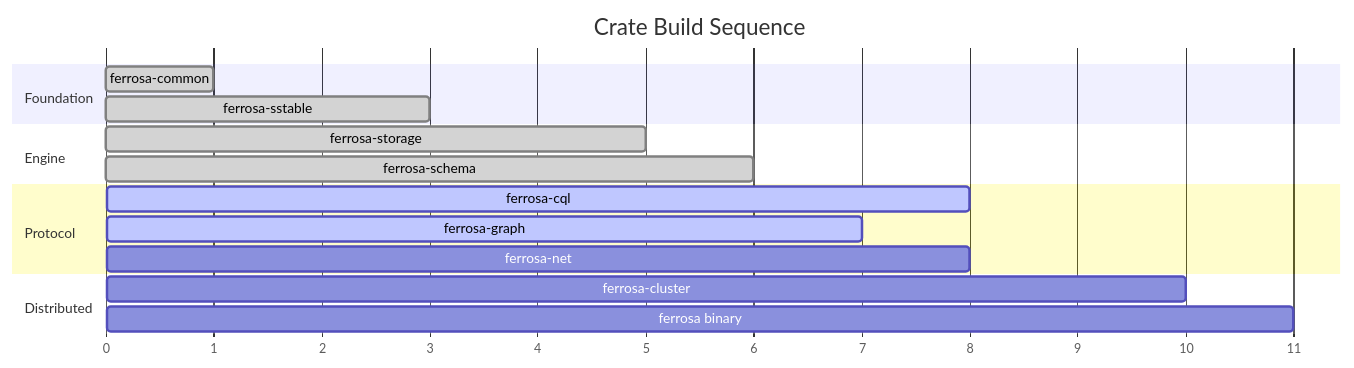
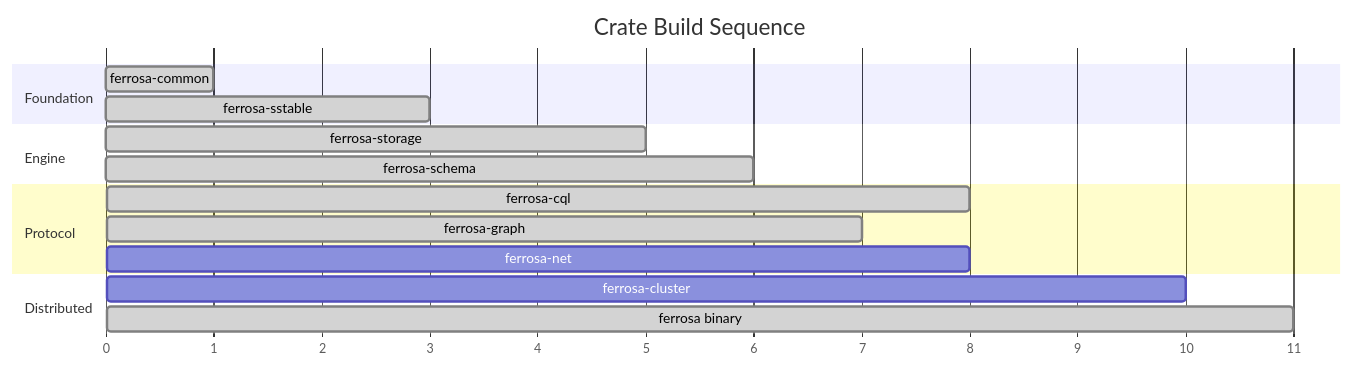
Before and after one commit to ferrosadb/ferrosa: the second of 2 diagrams in specs/components.md, drawn with Mermaid. The commit also changed other lines of this file and 4 other files, not shown here.

First line of the commit message:
docs: update architecture specs for CQL, graph, and binary completion

````diff
--- a/specs/components.md
+++ b/specs/components.md
@@ -166,23 +192,23 @@
 ```mermaid
 gantt
     title Crate Build Sequence
     dateFormat X
     axisFormat %s
 
     section Foundation
     ferrosa-common          :done, 0, 1
     ferrosa-sstable         :done, 1, 3
 
     section Engine
     ferrosa-storage         :done, 3, 5
     ferrosa-schema          :done, 5, 6
 
     section Protocol
-    ferrosa-cql             :active, 6, 8
-    ferrosa-graph           :active, 6, 7
+    ferrosa-cql             :done, 6, 8
+    ferrosa-graph           :done, 6, 7
     ferrosa-net             :7, 8
 
     section Distributed
     ferrosa-cluster         :8, 10
-    ferrosa binary          :10, 11
+    ferrosa binary          :done, 10, 11
 ```
````
